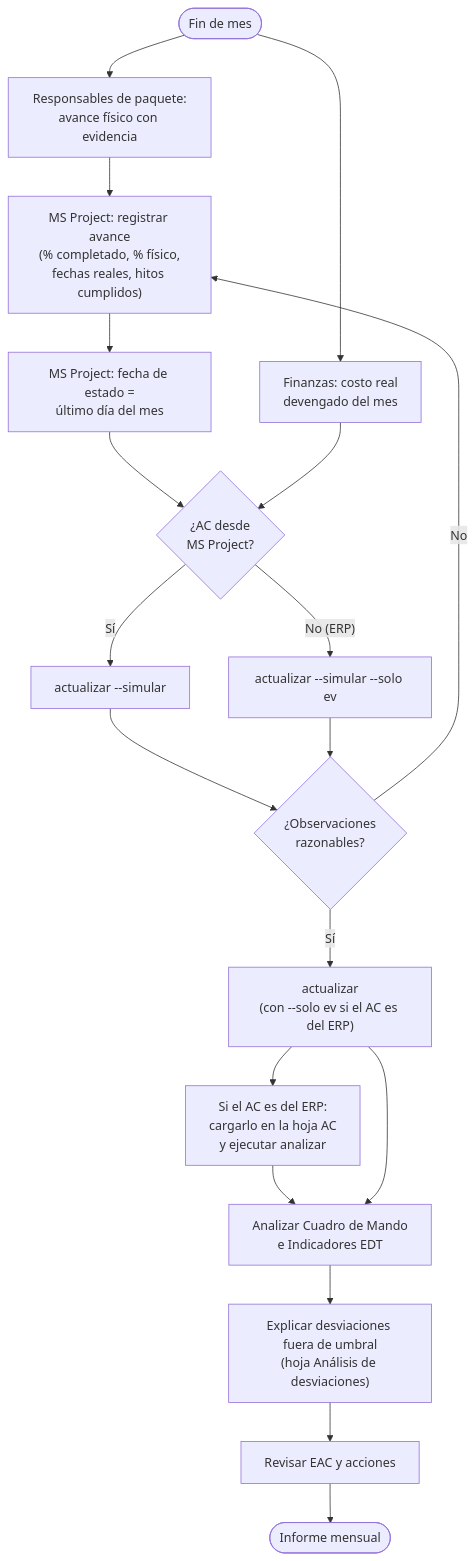
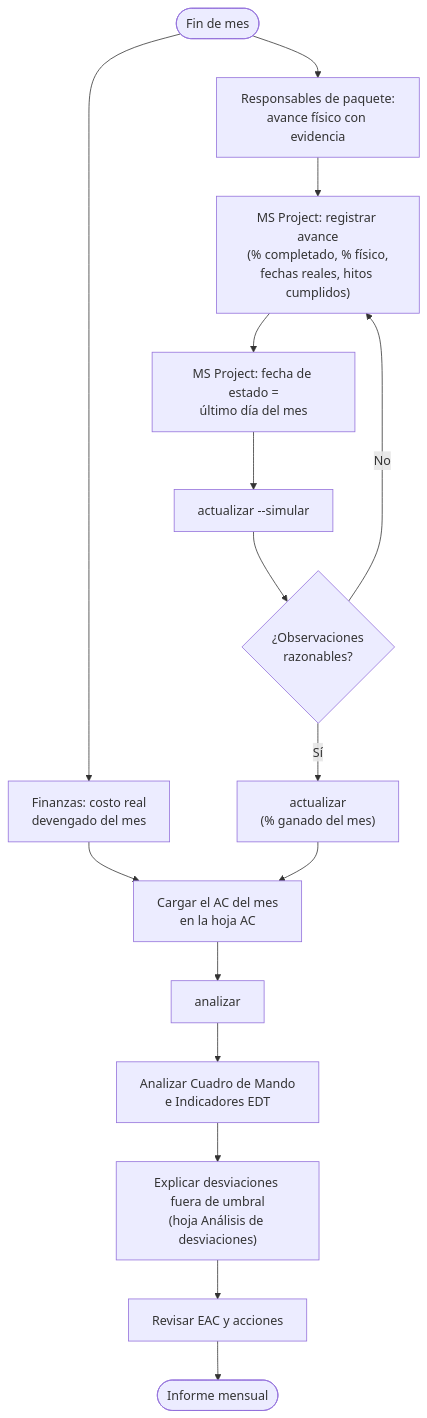
One commit to MarceloSalazar/evm-automation changed the second of 4 diagrams in docs/proceso-reporte-evm.md. Above: the diagram before and after it, drawn with Mermaid. The commit also changed other lines of this file and 101 other files, not shown here.

First line of the commit message:
Versión 2.0.0: PV y EV con el BAC del libro (cronograma sin importes) (#16)

````diff
--- a/docs/proceso-reporte-evm.md
+++ b/docs/proceso-reporte-evm.md
@@ -96,21 +100,18 @@
 ```mermaid
 flowchart TD
     S(["Fin de mes"]) --> R1["Responsables de paquete:<br/>avance físico con evidencia"]
     S --> R2["Finanzas: costo real<br/>devengado del mes"]
     R1 --> P1["MS Project: registrar avance<br/>(% completado, % físico,<br/>fechas reales, hitos cumplidos)"]
     P1 --> P2["MS Project: fecha de estado =<br/>último día del mes"]
-    P2 --> Q{"¿AC desde<br/>MS Project?"}
-    R2 --> Q
-    Q -- "Sí" --> U1["actualizar --simular"]
-    Q -- "No (ERP)" --> U2["actualizar --simular --solo ev"]
+    P2 --> U1["actualizar --simular"]
     U1 --> V{"¿Observaciones<br/>razonables?"}
-    U2 --> V
     V -- "No" --> P1
-    V -- "Sí" --> U3["actualizar<br/>(con --solo ev si el AC es del ERP)"]
-    U3 --> AC2["Si el AC es del ERP:<br/>cargarlo en la hoja AC<br/>y ejecutar analizar"]
-    AC2 --> AN["Analizar Cuadro de Mando<br/>e Indicadores EDT"]
-    U3 --> AN
+    V -- "Sí" --> U3["actualizar<br/>(% ganado del mes)"]
+    R2 --> AC2["Cargar el AC del mes<br/>en la hoja AC"]
+    U3 --> AC2
+    AC2 --> AZ["analizar"]
+    AZ --> AN["Analizar Cuadro de Mando<br/>e Indicadores EDT"]
     AN --> X["Explicar desviaciones fuera de umbral<br/>(hoja Análisis de desviaciones)"]
     X --> EAC["Revisar EAC y acciones"]
     EAC --> INF(["Informe mensual"])
 ```
````
